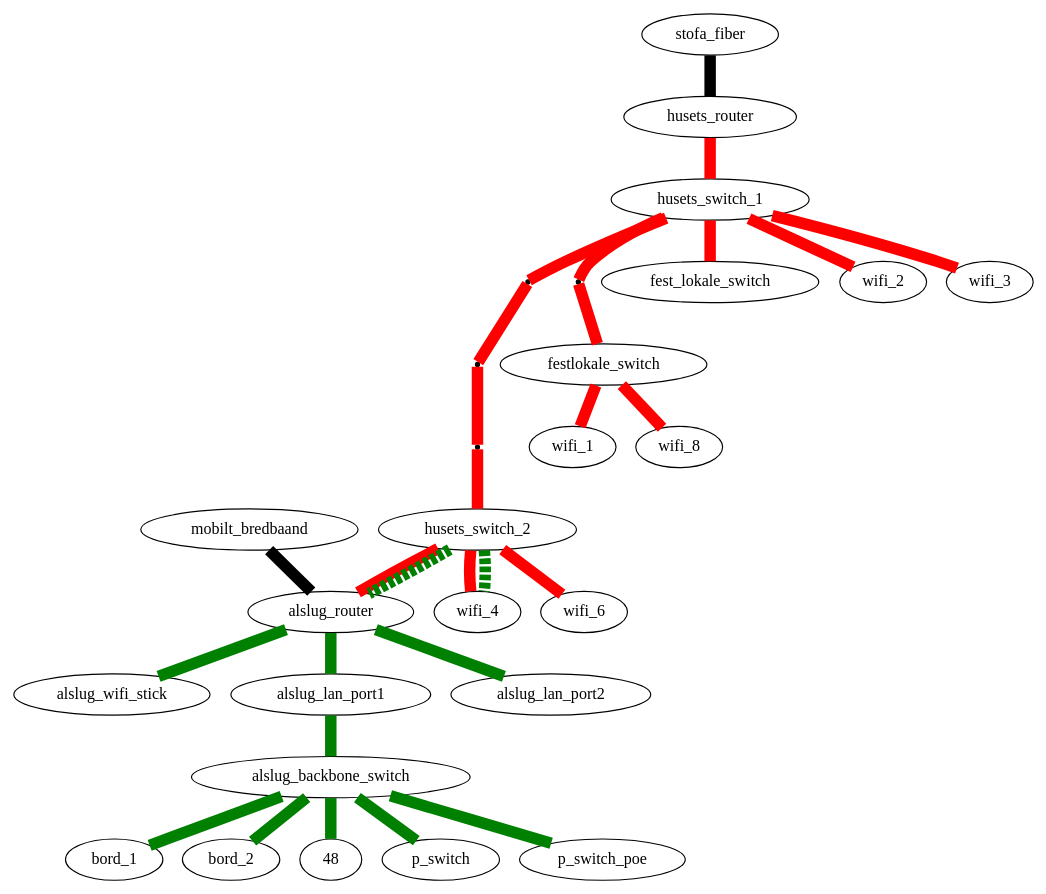
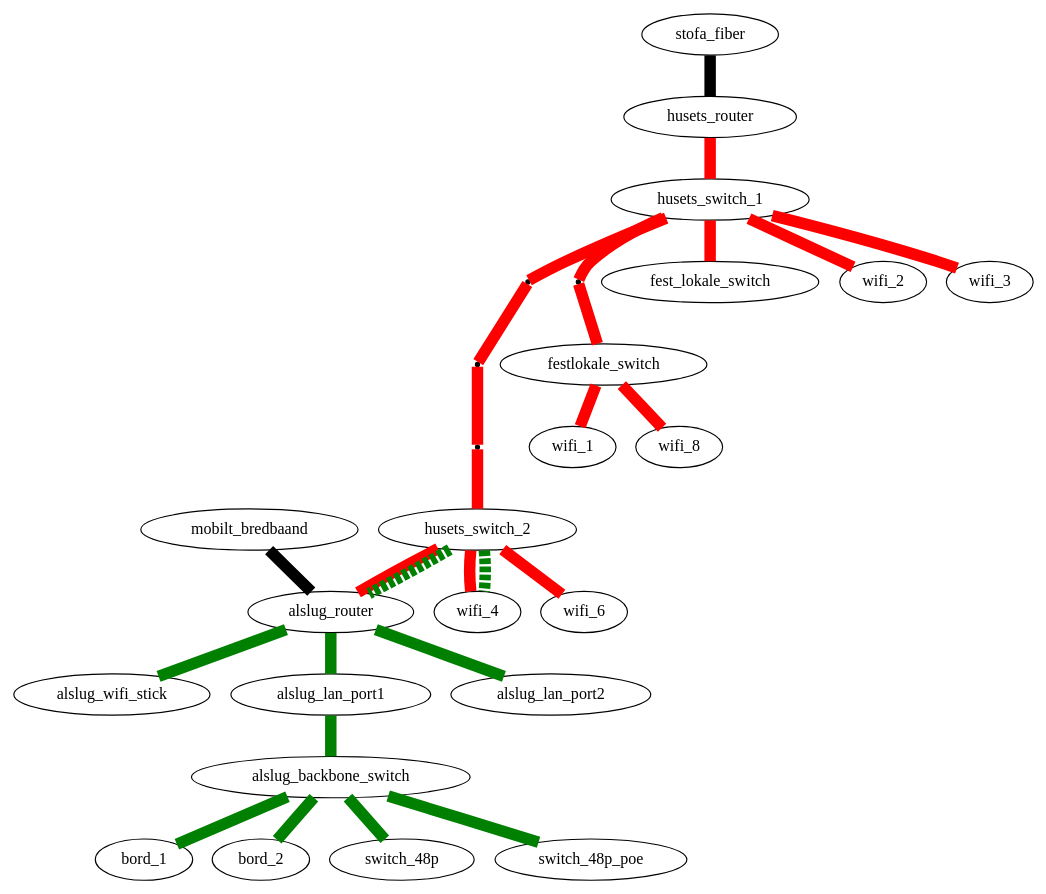
Before and after one commit to alslug/alslug.dk: the diagram in projekter/network.dot, drawn with Graphviz.

```diff
--- a/projekter/network.dot
+++ b/projekter/network.dot
@@ -1,27 +1,27 @@
 digraph xxx {
   link_12a [ shape=point ];
   link_12b [ shape=point ];
   link_12c [ shape=point ];
   link_1fa [ shape=point ];
   edge [ dir=none penwidth=10 ];
   
   // Internet forbindelser
   stofa_fiber      -> husets_router [ fillcolor=black style=filled ];
   mobilt_bredbaand -> alslug_router [ fillcolor=black style=filled ];
   
   // Husets forbindelser
   edge  [ color=red style=solid ];
   husets_router -> husets_switch_1 -> { fest_lokale_switch wifi_2 wifi_3 };
   husets_switch_1 -> link_12a -> link_12b -> link_12c -> husets_switch_2 -> { wifi_4 wifi_6 alslug_router};
   husets_switch_1 -> link_1fa -> festlokale_switch -> { wifi_1 wifi_8 };
 
   // VLAN forbindelser over bakkensbros netværk
   edge  [ color=green style=dashed ];
   husets_switch_2 -> { alslug_router wifi_4 };
   
   // Interne forbindelser
   edge [ color=green style=solid ];
   alslug_router -> { alslug_wifi_stick alslug_lan_port1 alslug_lan_port2 };
-  alslug_lan_port1 -> alslug_backbone_switch -> { bord_1 bord_2 48p_switch 48p_switch_poe }
+  alslug_lan_port1 -> alslug_backbone_switch -> { bord_1 bord_2 switch_48p switch_48p_poe }
   
 }
```
